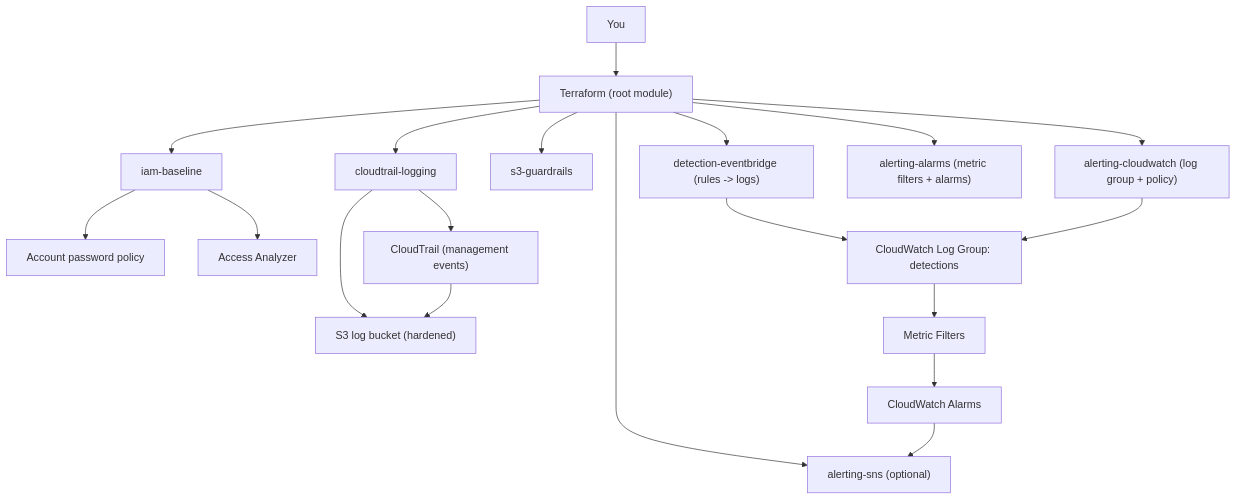
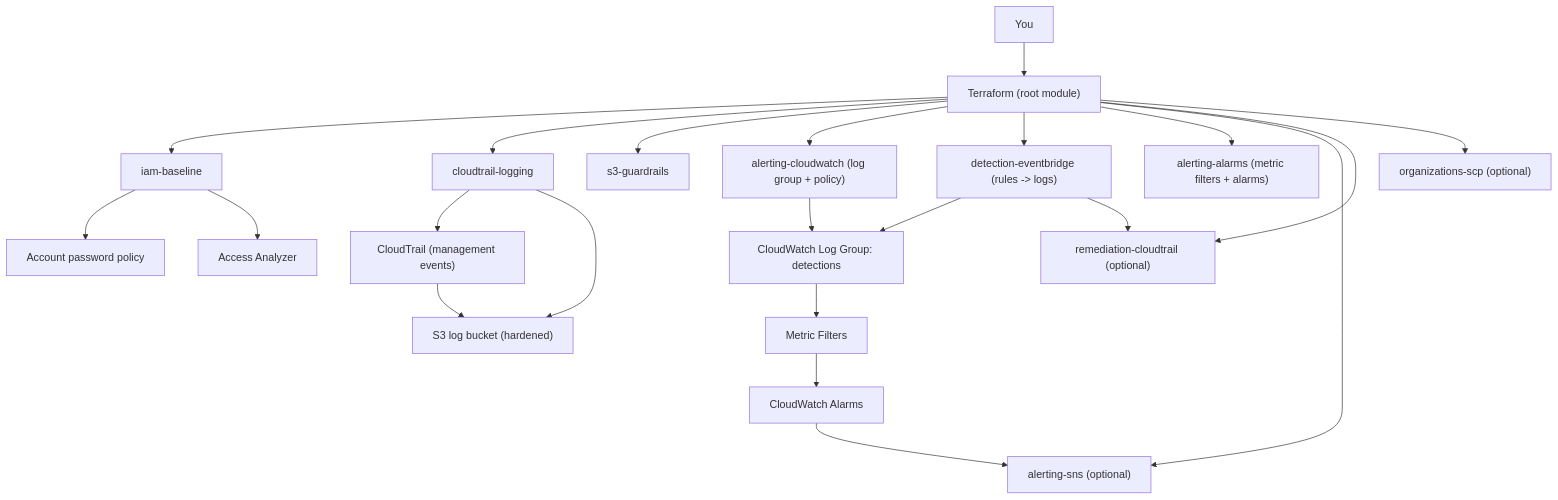
Before and after one commit to Hydrojak/aws-cloud-hardening-baseline: the diagram in README.md, drawn with Mermaid. The commit also changed other lines of this file and 16 other files, not shown here.

First line of the commit message:
feat: add stricter CloudTrail bucket policy, optional auto-remediation, and org-level SCP support

````diff
--- a/README.md
+++ b/README.md
@@ -69,27 +100,32 @@
 ```mermaid
 flowchart TB
   Dev["You"] --> TF["Terraform (root module)"]
 
   TF --> IAM["iam-baseline"]
   TF --> CTL["cloudtrail-logging"]
   TF --> GR["s3-guardrails"]
 
   TF --> CW["alerting-cloudwatch (log group + policy)"]
   TF --> EB["detection-eventbridge (rules -> logs)"]
   TF --> AL["alerting-alarms (metric filters + alarms)"]
   TF --> SNS["alerting-sns (optional)"]
+
+  TF --> REM["remediation-cloudtrail (optional)"]
+  TF --> SCP["organizations-scp (optional)"]
 
   IAM --> PP["Account password policy"]
   IAM --> AA["Access Analyzer"]
 
   CTL --> CT["CloudTrail (management events)"]
   CTL --> S3["S3 log bucket (hardened)"]
   CT --> S3
 
   EB --> CWL["CloudWatch Log Group: detections"]
   CW --> CWL
 
   CWL --> MF["Metric Filters"]
   MF --> A["CloudWatch Alarms"]
   A --> SNS
+
+  EB --> REM
 ```
````
